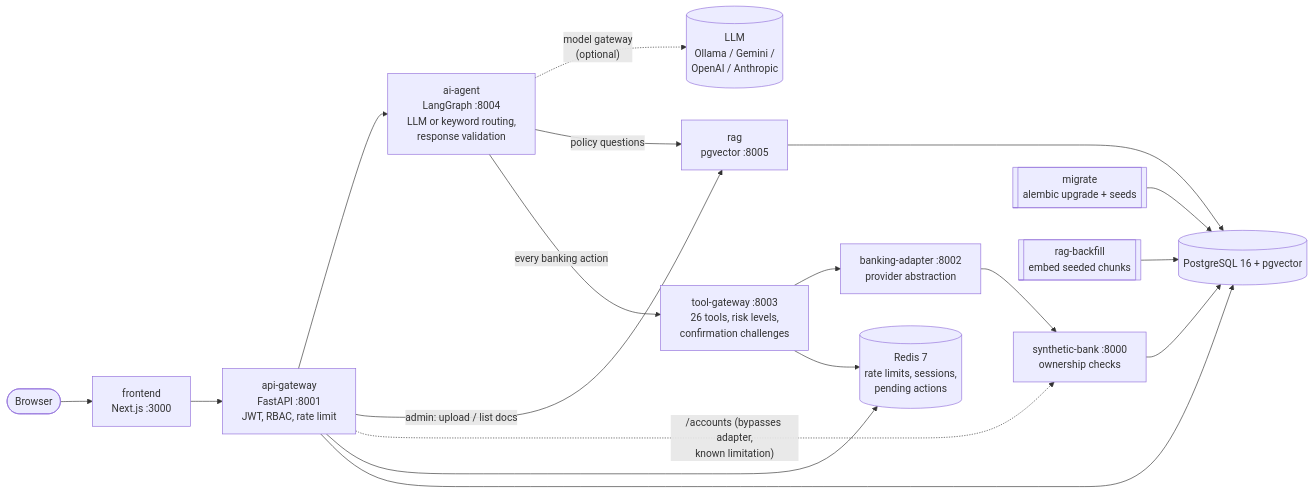
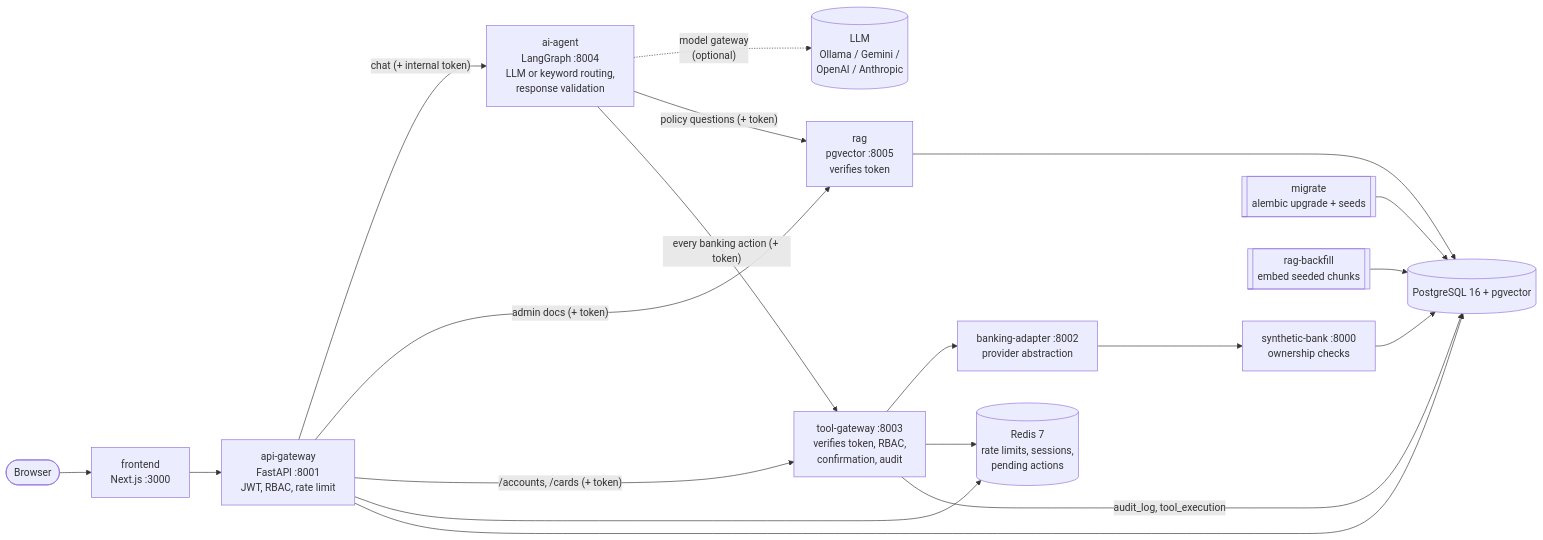
One commit to HasithRajapakshe/banking-ai-customer-service-saas changed the diagram in README.md. Above: the diagram before and after it, drawn with Mermaid. The commit also changed other lines of this file and 73 other files, not shown here.

````diff
--- a/README.md
+++ b/README.md
@@ -17,24 +17,25 @@
 ```mermaid
 flowchart LR
     user([Browser]) --> fe[frontend<br/>Next.js :3000]
     fe --> gw[api-gateway<br/>FastAPI :8001<br/>JWT, RBAC, rate limit]
 
-    gw --> agent[ai-agent<br/>LangGraph :8004<br/>LLM or keyword routing,<br/>response validation]
-    gw -- admin: upload / list docs --> rag
-    gw -. "/accounts (bypasses adapter,<br/>known limitation)" .-> bank
+    gw -- "chat (+ internal token)" --> agent[ai-agent<br/>LangGraph :8004<br/>LLM or keyword routing,<br/>response validation]
+    gw -- "admin docs (+ token)" --> rag
+    gw -- "/accounts, /cards (+ token)" --> tg
 
     agent -. "model gateway<br/>(optional)" .-> llm[(LLM<br/>Ollama / Gemini /<br/>OpenAI / Anthropic)]
-    agent -- policy questions --> rag[rag<br/>pgvector :8005]
-    agent -- every banking action --> tg[tool-gateway :8003<br/>26 tools, risk levels,<br/>confirmation challenges]
+    agent -- "policy questions (+ token)" --> rag[rag<br/>pgvector :8005<br/>verifies token]
+    agent -- "every banking action (+ token)" --> tg[tool-gateway :8003<br/>verifies token, RBAC,<br/>confirmation, audit]
     tg --> adapter[banking-adapter :8002<br/>provider abstraction]
     adapter --> bank[synthetic-bank :8000<br/>ownership checks]
 
     gw --> redis[(Redis 7<br/>rate limits, sessions,<br/>pending actions)]
     tg --> redis
+    tg -- "audit_log, tool_execution" --> pg
     gw --> pg[(PostgreSQL 16 + pgvector)]
     rag --> pg
     bank --> pg
 
     migrate[[migrate<br/>alembic upgrade + seeds]] --> pg
     backfill[[rag-backfill<br/>embed seeded chunks]] --> pg
 ```
````
